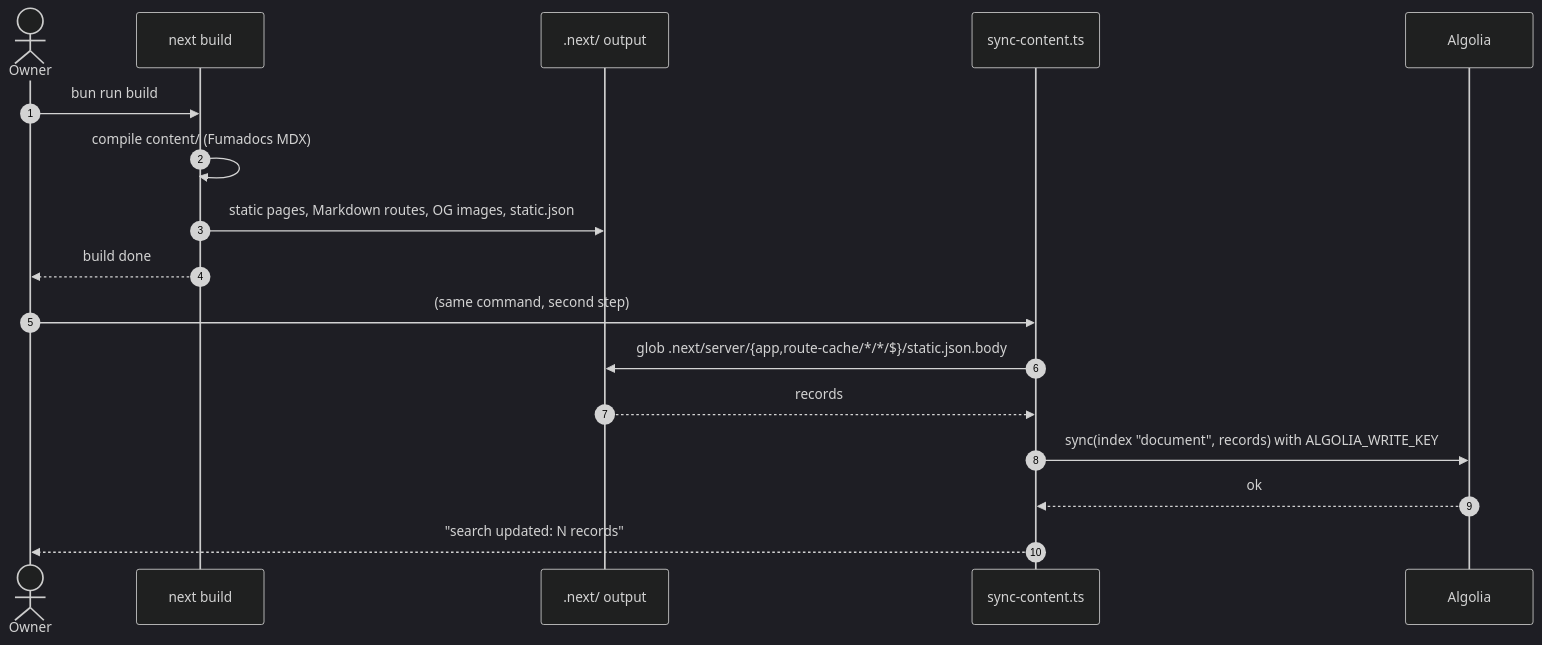
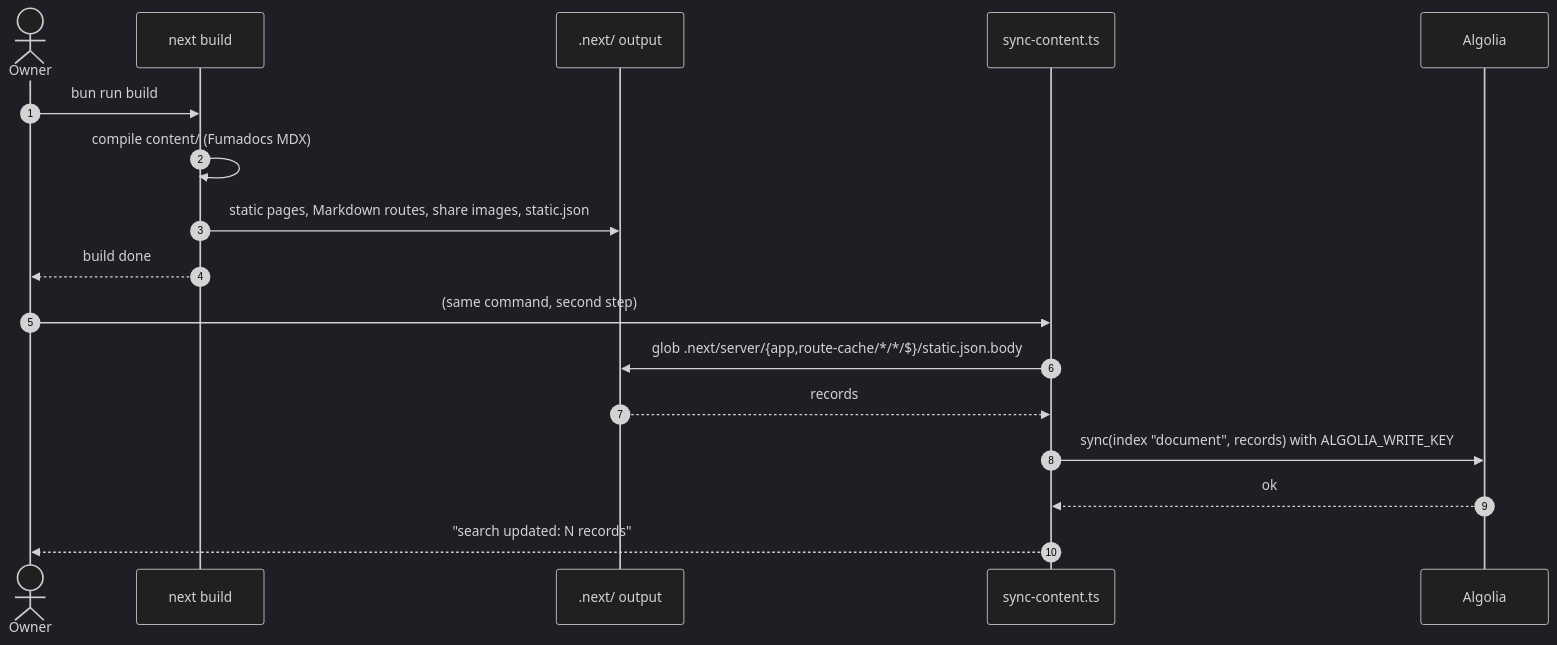
Before and after one commit to nepal-dev-com/docs.nepal-dev.com: the diagram in content/docs/maintain/sequence/build-and-search-sync.mdx, drawn with Mermaid (dark theme). The commit also changed other lines of this file and 140 other files, not shown here.

````diff
--- a/content/docs/maintain/sequence/build-and-search-sync.mdx
+++ b/content/docs/maintain/sequence/build-and-search-sync.mdx
@@ -20,20 +21,20 @@
 ```mermaid
 sequenceDiagram
   autonumber
   actor O as Owner
   participant N as next build
   participant F as .next/ output
   participant S as sync-content.ts
   participant A as Algolia
 
   O->>N: bun run build
   N->>N: compile content/ (Fumadocs MDX)
-  N->>F: static pages, Markdown routes, OG images, static.json
+  N->>F: static pages, Markdown routes, share images, static.json
   N-->>O: build done
   O->>S: (same command, second step)
   S->>F: glob .next/server/{app,route-cache/*/*/$}/static.json.body
   F-->>S: records
   S->>A: sync(index "document", records) with ALGOLIA_WRITE_KEY
   A-->>S: ok
   S-->>O: "search updated: N records"
 ```
````
